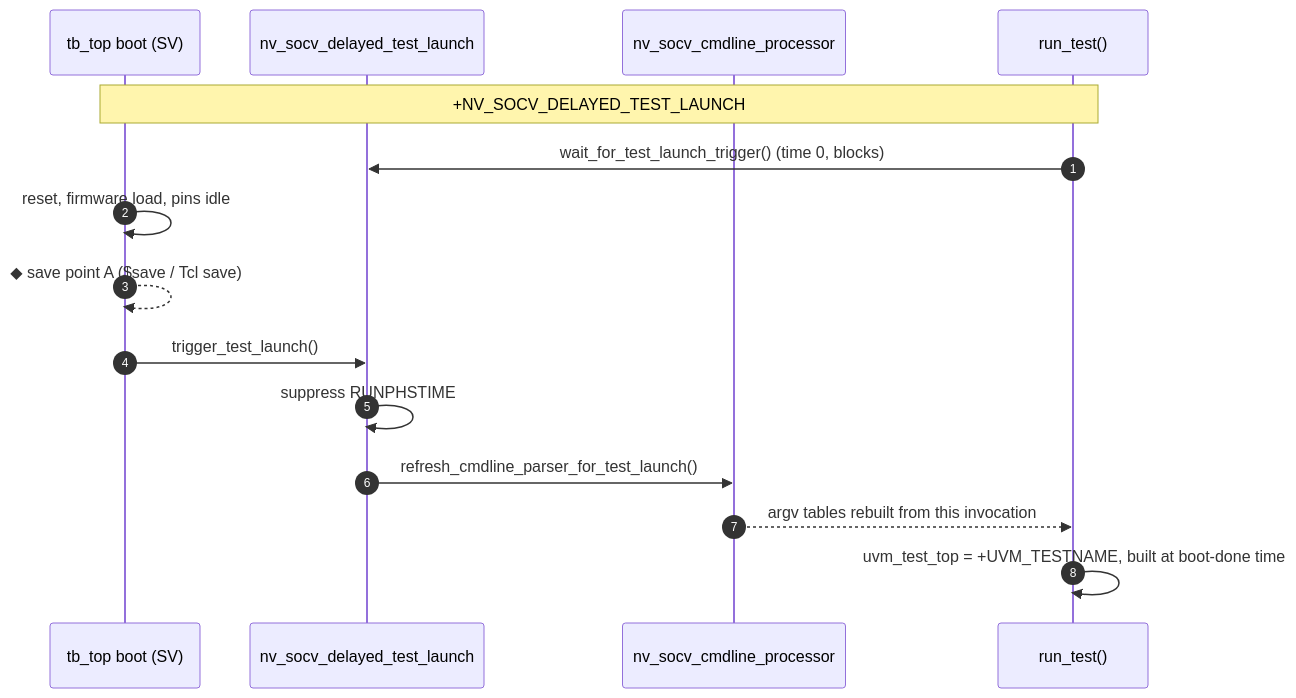
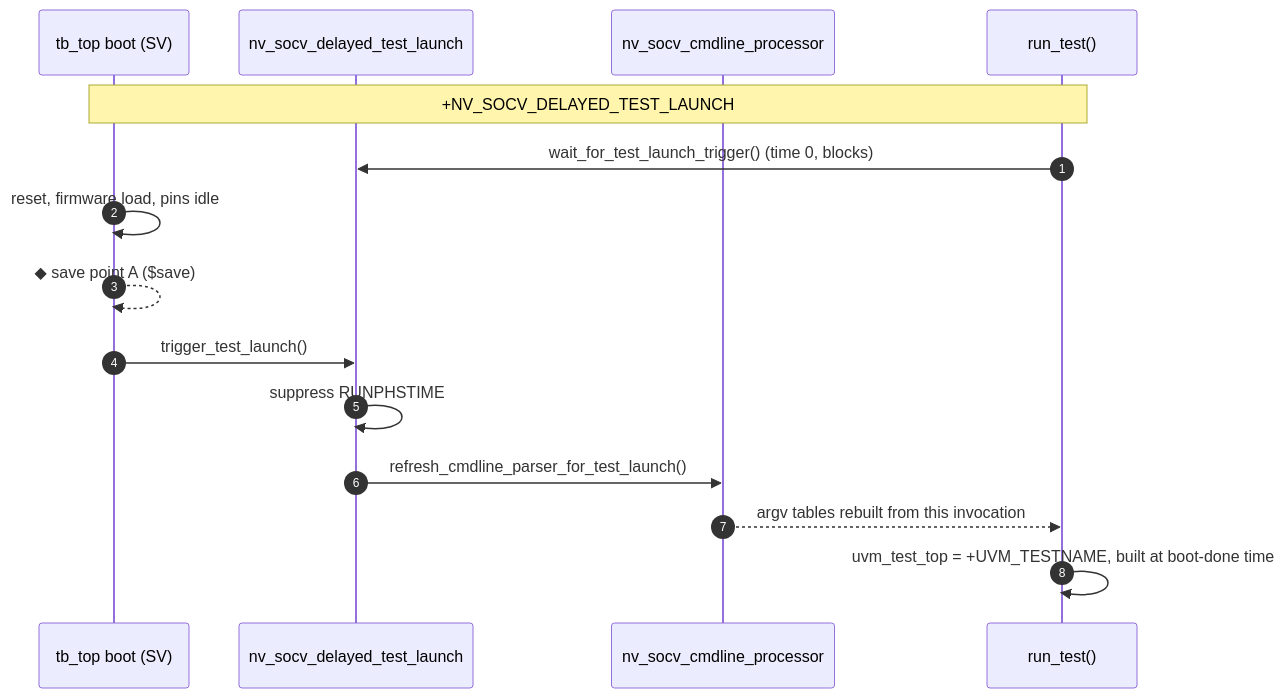
One commit to nmoradiya1991/nv_sim_restore changed the first of 4 diagrams in README.md. Above: the diagram before and after it, drawn with Mermaid. The commit also changed other lines of this file and 4 other files, not shown here.

````diff
--- a/README.md
+++ b/README.md
@@ -113,17 +113,17 @@
 ```mermaid
 sequenceDiagram
     autonumber
     participant Boot as tb_top boot (SV)
     participant Gate as nv_socv_delayed_test_launch
     participant CLP as nv_socv_cmdline_processor
     participant UVM as run_test()
     Note over Boot,UVM: +NV_SOCV_DELAYED_TEST_LAUNCH
     UVM->>Gate: wait_for_test_launch_trigger()  (time 0, blocks)
     Boot->>Boot: reset, firmware load, pins idle
-    Boot-->>Boot: ◆ save point A  ($save / Tcl save)
+    Boot-->>Boot: ◆ save point A  ($save)
     Boot->>Gate: trigger_test_launch()
     Gate->>Gate: suppress RUNPHSTIME
     Gate->>CLP: refresh_cmdline_parser_for_test_launch()
     CLP-->>UVM: argv tables rebuilt from this invocation
     UVM->>UVM: uvm_test_top = +UVM_TESTNAME, built at boot-done time
 ```
````
